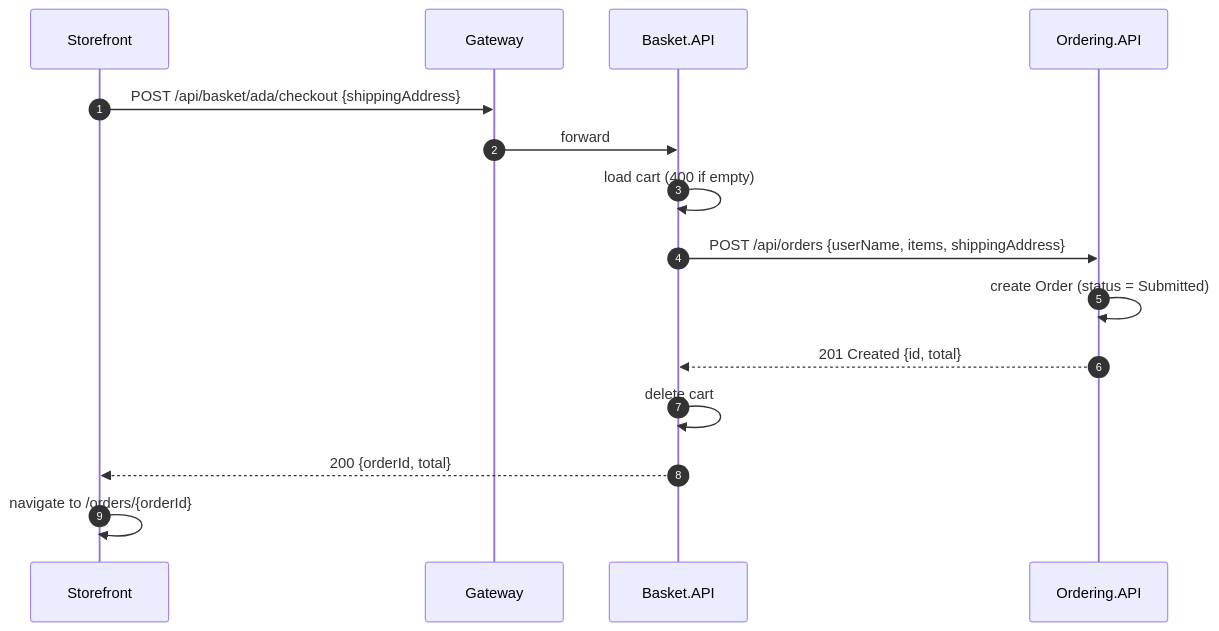
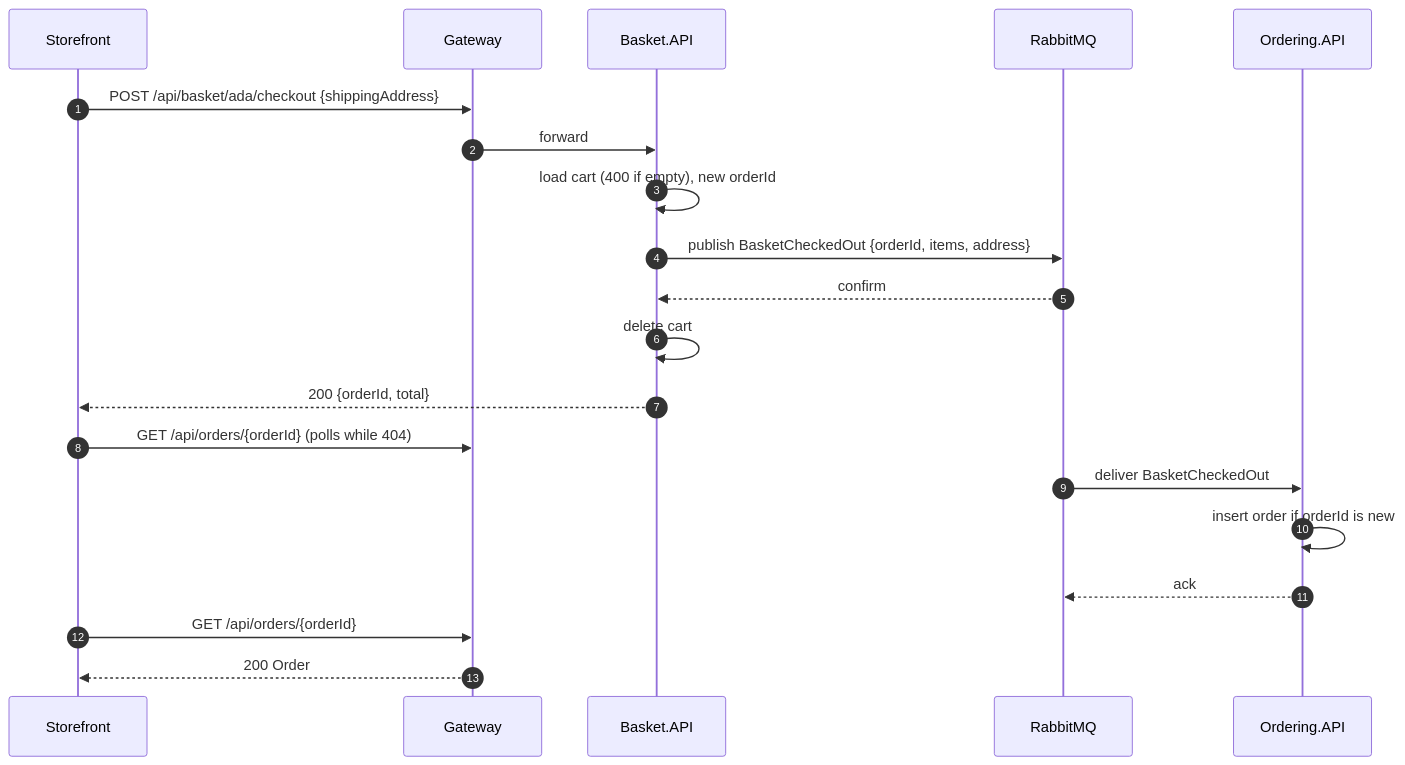
Before and after one commit to dejanciev-dev/aspnetcore-microservices: the sixth of 6 diagrams in docs/architecture.md, drawn with Mermaid. The commit also changed other lines of this file and 4 other files, not shown here.

````diff
--- a/docs/architecture.md
+++ b/docs/architecture.md
@@ -218,18 +306,23 @@
 ```mermaid
 sequenceDiagram
     autonumber
     participant UI as Storefront
     participant GW as Gateway
     participant B as Basket.API
+    participant MQ as RabbitMQ
     participant O as Ordering.API
 
     UI->>GW: POST /api/basket/ada/checkout {shippingAddress}
     GW->>B: forward
-    B->>B: load cart (400 if empty)
-    B->>O: POST /api/orders {userName, items, shippingAddress}
-    O->>O: create Order (status = Submitted)
-    O-->>B: 201 Created {id, total}
+    B->>B: load cart (400 if empty), new orderId
+    B->>MQ: publish BasketCheckedOut {orderId, items, address}
+    MQ-->>B: confirm
     B->>B: delete cart
     B-->>UI: 200 {orderId, total}
-    UI->>UI: navigate to /orders/{orderId}
+    UI->>GW: GET /api/orders/{orderId} (polls while 404)
+    MQ->>O: deliver BasketCheckedOut
+    O->>O: insert order if orderId is new
+    O-->>MQ: ack
+    UI->>GW: GET /api/orders/{orderId}
+    GW-->>UI: 200 Order
 ```
````
